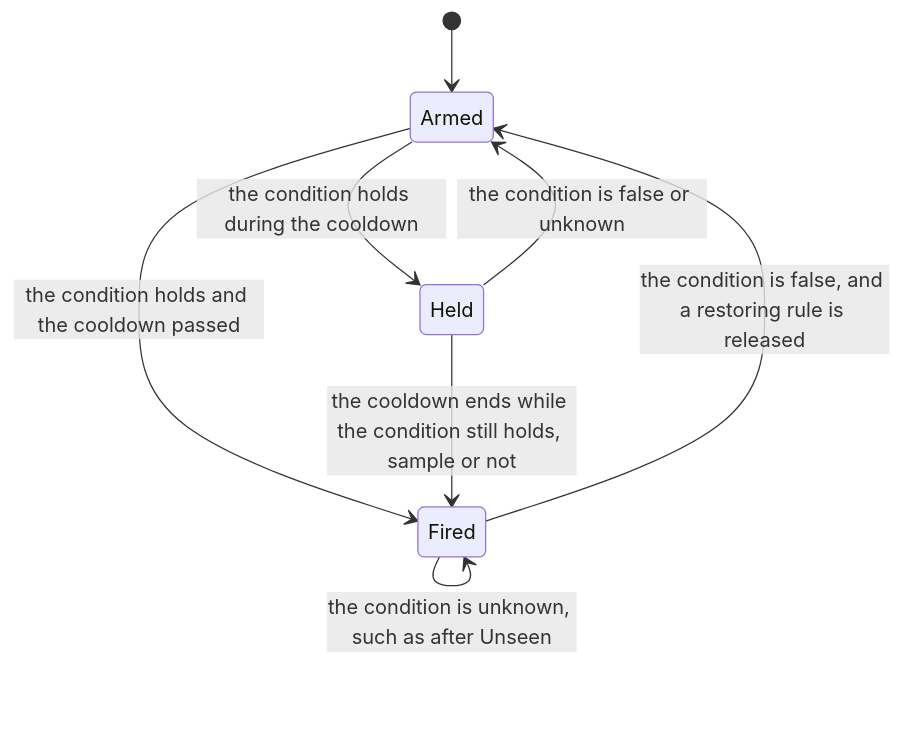
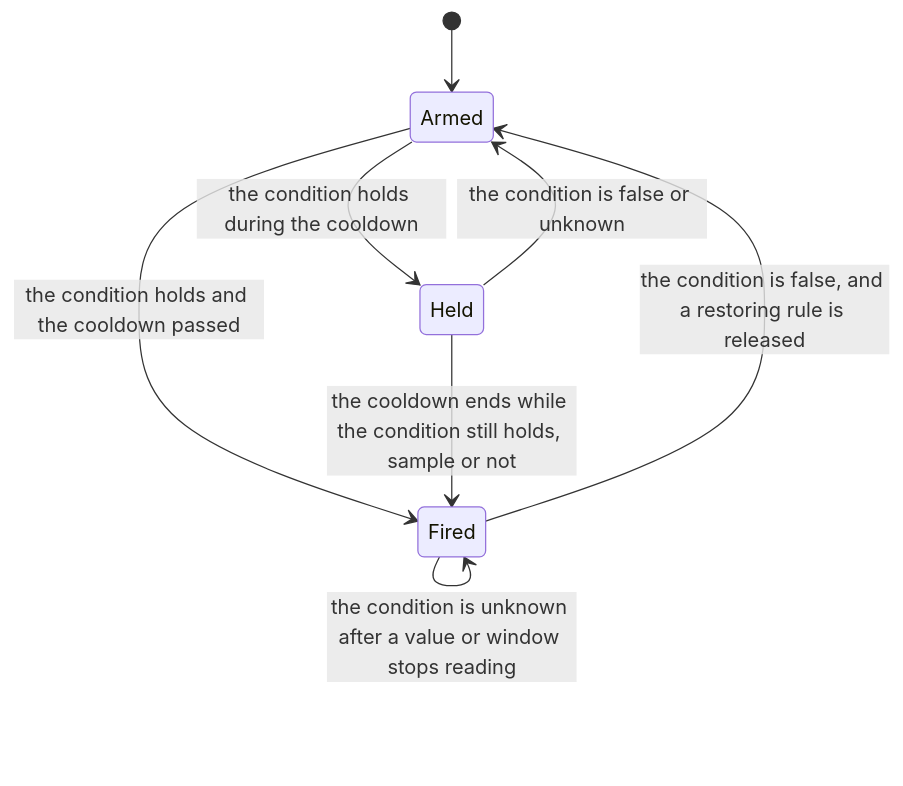
Before and after one commit to TheLunchTrae/appy-tappy: the tenth of 51 diagrams in wiki/State-machines.md, drawn with Mermaid. The commit also changed other lines of this file and 86 other files, not shown here.

````diff
--- a/wiki/State-machines.md
+++ b/wiki/State-machines.md
@@ -713,10 +750,10 @@
 ```mermaid
 stateDiagram-v2
     [*] --> Armed
     Armed --> Fired: the condition holds and the cooldown passed
     Armed --> Held: the condition holds during the cooldown
     Held --> Fired: the cooldown ends while the condition still holds, sample or not
     Held --> Armed: the condition is false or unknown
     Fired --> Armed: the condition is false, and a restoring rule is released
-    Fired --> Fired: the condition is unknown, such as after Unseen
+    Fired --> Fired: the condition is unknown after a value or window stops reading
 ```
````
